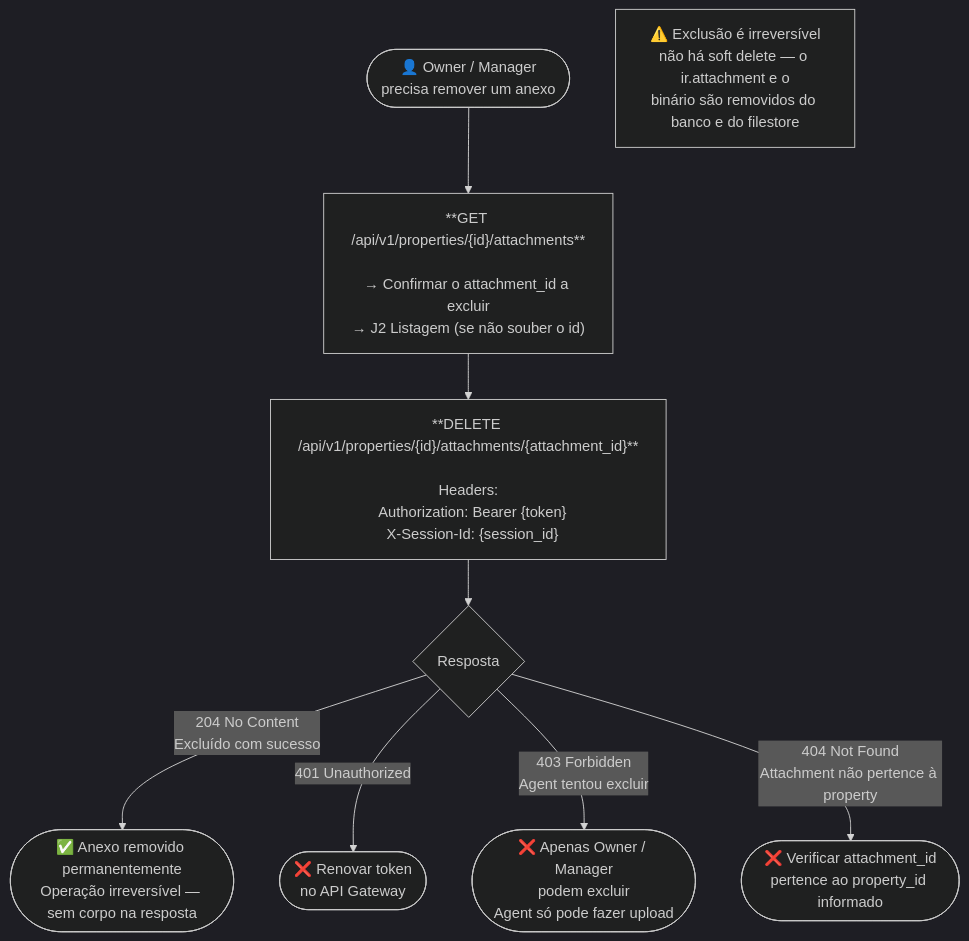
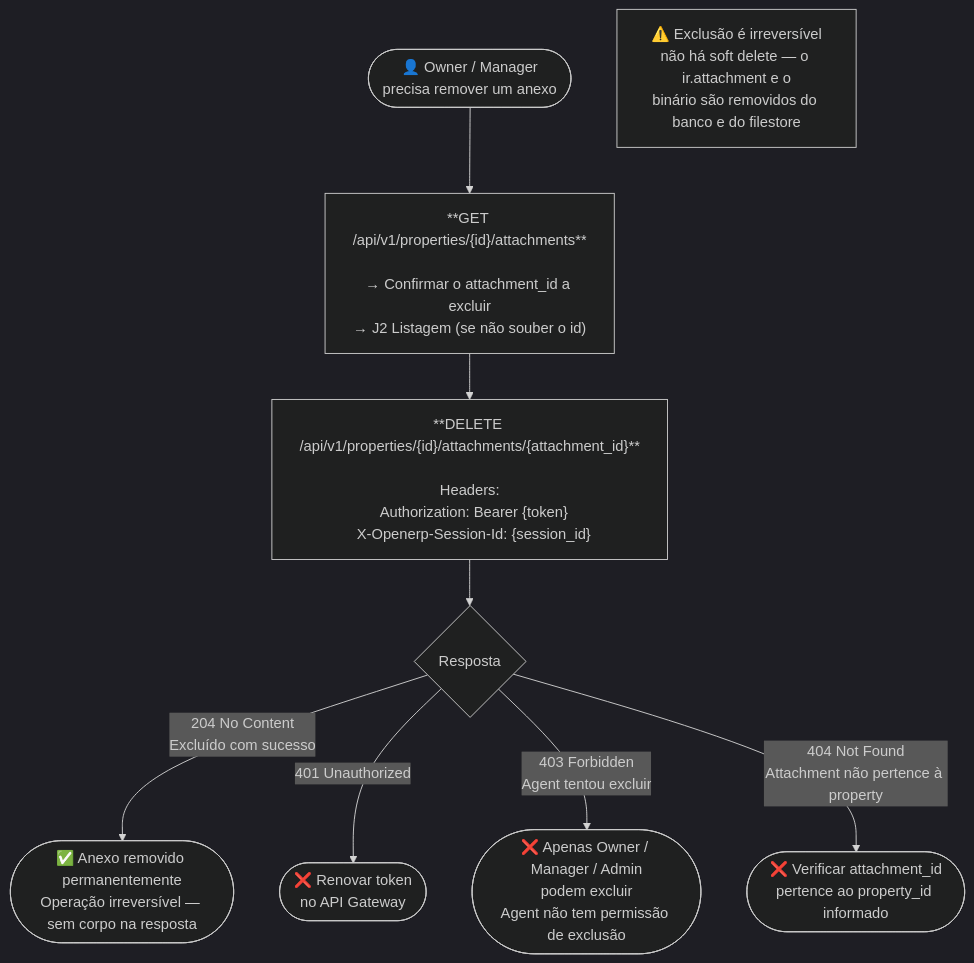
One commit to luanalves/realestate_backend changed the fifth of 6 diagrams in specs/017-property-attachments-upload-api/flowcharts.md. Above: the diagram before and after it, drawn with Mermaid (dark theme). The commit also changed other lines of this file and 1 other file, not shown here.

First line of the commit message:
docs(017): fix flowcharts + update Postman to v1.29

````diff
--- a/specs/017-property-attachments-upload-api/flowcharts.md
+++ b/specs/017-property-attachments-upload-api/flowcharts.md
@@ -135,15 +135,15 @@
 ```mermaid
 flowchart TD
     Start([👤 Owner / Manager\nprecisa remover um anexo]) --> Del1
 
     Del1["**GET /api/v1/properties/{id}/attachments**\n\n→ Confirmar o attachment_id a excluir\n→ J2 Listagem (se não souber o id)"] --> Del2
 
-    Del2["**DELETE /api/v1/properties/{id}/attachments/{attachment_id}**\n\nHeaders:\n  Authorization: Bearer {token}\n  X-Session-Id: {session_id}"] --> Del2R{Resposta}
+    Del2["**DELETE /api/v1/properties/{id}/attachments/{attachment_id}**\n\nHeaders:\n  Authorization: Bearer {token}\n  X-Openerp-Session-Id: {session_id}"] --> Del2R{Resposta}
 
     Del2R -->|204 No Content\nExcluído com sucesso| Done([✅ Anexo removido permanentemente\nOperação irreversível — sem corpo na resposta])
     Del2R -->|401 Unauthorized| ERR3([❌ Renovar token\nno API Gateway])
-    Del2R -->|403 Forbidden\nAgent tentou excluir| ERR1([❌ Apenas Owner / Manager\npodem excluir\nAgent só pode fazer upload])
+    Del2R -->|403 Forbidden\nAgent tentou excluir| ERR1([❌ Apenas Owner / Manager / Admin\npodem excluir\nAgent não tem permissão de exclusão])
     Del2R -->|404 Not Found\nAttachment não pertence à property| ERR2([❌ Verificar attachment_id\npertence ao property_id informado])
 
     note1["⚠️ Exclusão é irreversível\nnão há soft delete — o ir.attachment e o\nbinário são removidos do banco e do filestore"]
 ```
````
